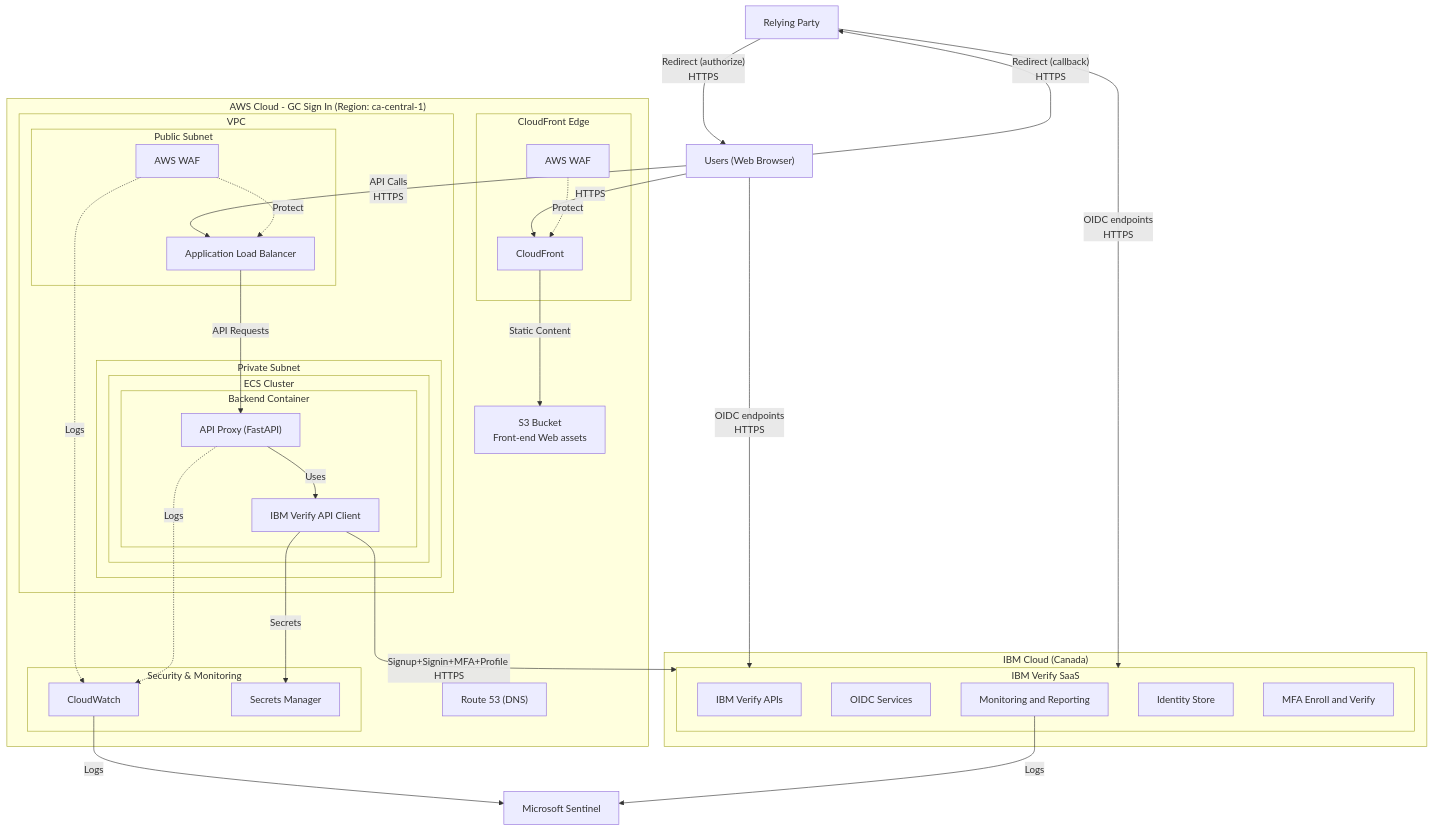
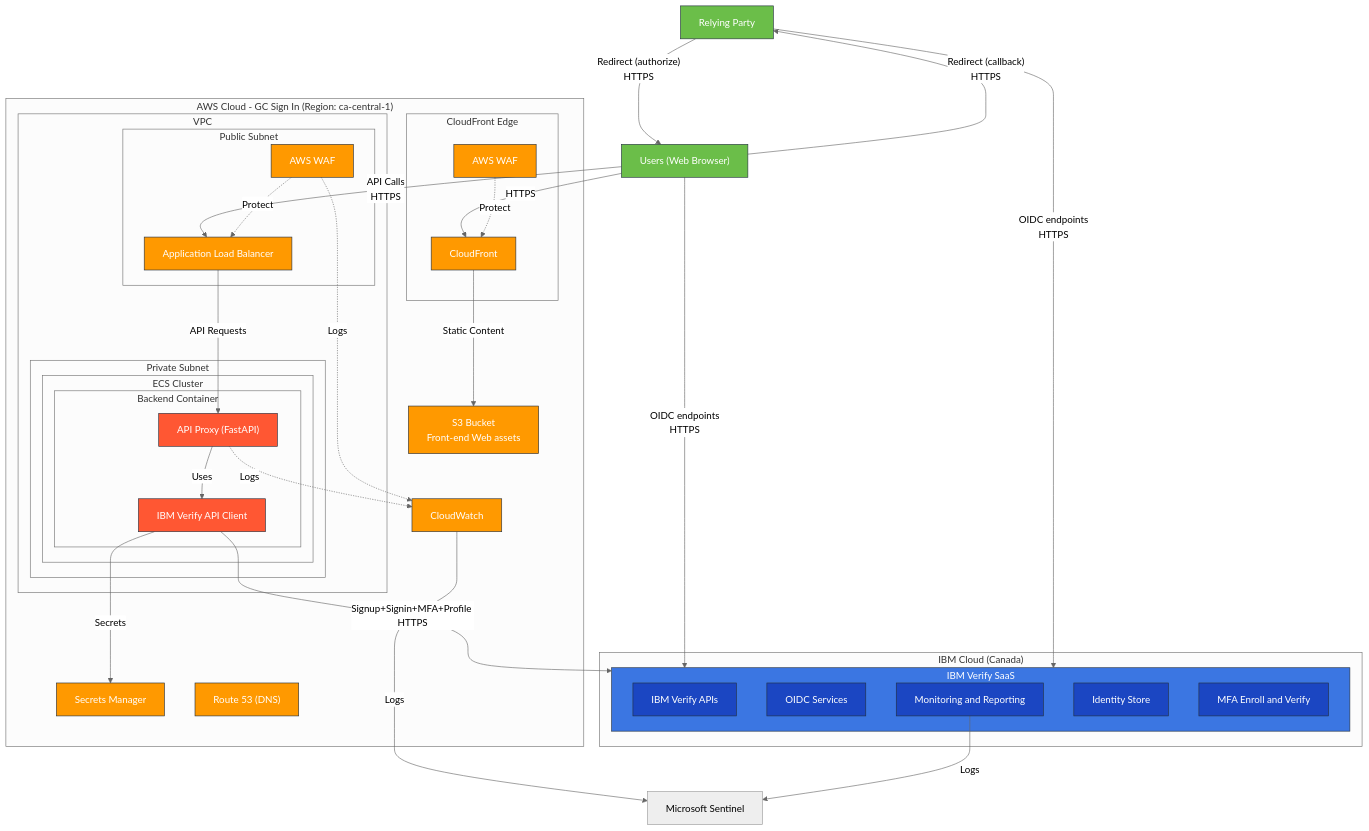
The diagram in docs/architecture/gc-signin-aws-system-architecture.mmd (cds-snc/canadalogin-user-selfservice-webapp), drawn with Mermaid before and after one commit. The commit also changed 1 other file, not shown here.

```diff
--- a/docs/architecture/gc-signin-aws-system-architecture.mmd
+++ b/docs/architecture/gc-signin-aws-system-architecture.mmd
@@ -1,67 +1,80 @@
+%%{init: {'theme':'neutral'}}%%
 graph TB
     subgraph "AWS Cloud - GC Sign In (Region: ca-central-1)"
         subgraph "VPC"
             subgraph "Public Subnet"
                 ALB[Application Load Balancer]
                 WAF[AWS WAF]
             end
 
             subgraph "Private Subnet"
                 subgraph "ECS Cluster"
                     subgraph "Backend Container"
                         APIProxy["API Proxy (FastAPI)"]
                         APIClient["IBM Verify API Client"]
                     end
                 end
 
             end
         end
 
-        subgraph "Security & Monitoring"
-            CloudWatch[CloudWatch]
-            SecretsManager[Secrets Manager]
-        end
+        CloudWatch[CloudWatch]
+        SecretsManager[Secrets Manager]
 
         subgraph "CloudFront Edge"
             CloudFront[CloudFront]
             CFWAF[AWS WAF]
         end
 
         Route53["Route 53 (DNS)"]
+        
         S3[S3 Bucket<br/>Front-end Web assets]
     end
 
     subgraph "IBM Cloud (Canada)"
         subgraph IBMVerify["IBM Verify SaaS"]
             IBMVerifyAPI["IBM Verify APIs"]
             IBMIDaaS["OIDC Services"]
             IBMMonitoringReporting["Monitoring and Reporting"]
             IBMIDStore["Identity Store"]
             IBMMFA["MFA Enroll and Verify"]
         end
     end
 
     RelyingParty[Relying Party]
     WebBrowser["Users (Web Browser)"]
     Sentinel["Microsoft Sentinel"]
 
     %% Connections
     WebBrowser -->|HTTPS| CloudFront
     WebBrowser -->|"API Calls<br/>HTTPS"| ALB
     WebBrowser -->|"OIDC endpoints<br/>HTTPS"| IBMVerify
     CloudFront -->|Static Content| S3
     WAF -.->|Protect| ALB
     CFWAF -.->|Protect| CloudFront
     ALB -->|API Requests| APIProxy
     APIClient -->|Signup+Signin+MFA+Profile HTTPS| IBMVerify
     APIClient -->|Secrets| SecretsManager
     RelyingParty-->|"OIDC endpoints<br/>HTTPS"| IBMVerify
     RelyingParty-->|"Redirect (authorize)<br/>HTTPS"| WebBrowser
     WebBrowser-->|"Redirect (callback)<br/>HTTPS"| RelyingParty
     APIProxy-->|Uses| APIClient
 
     %% Monitoring
     WAF -.->|Logs| CloudWatch
     APIProxy -.->|Logs| CloudWatch
     CloudWatch -->|Logs| Sentinel
     IBMMonitoringReporting -->|Logs| Sentinel
+
+    %% Styling
+    classDef aws fill:#FF9900,stroke:#232F3E,color:white;
+    classDef gcsignin fill:#FF5733,stroke:#232F3E,color:white;
+    classDef ibm fill:#3B76e2,stroke:#232F3E,color:white;
+    classDef ibmchild fill:#1B46C2,stroke:#232F3E,color:white;
+    classDef users fill:#6BBE49,stroke:#232F3E,color:white;
+
+    class Route53,CloudFront,ALB,WAF,CFWAF,ECS,CloudWatch,SecretsManager,WAFLogs,S3 aws;
+    class IBMVerify ibm;
+    class IBMVerifyAPI,IBMIDaaS,IBMMonitoringReporting,IBMIDStore,IBMMFA ibmchild;
+    class RelyingParty,WebBrowser users;
+    class GCSigninFrontEnd,APIProxy,APIClient gcsignin;
```
